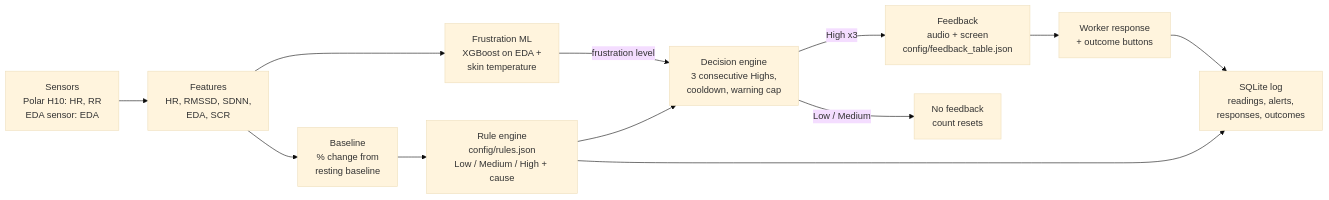
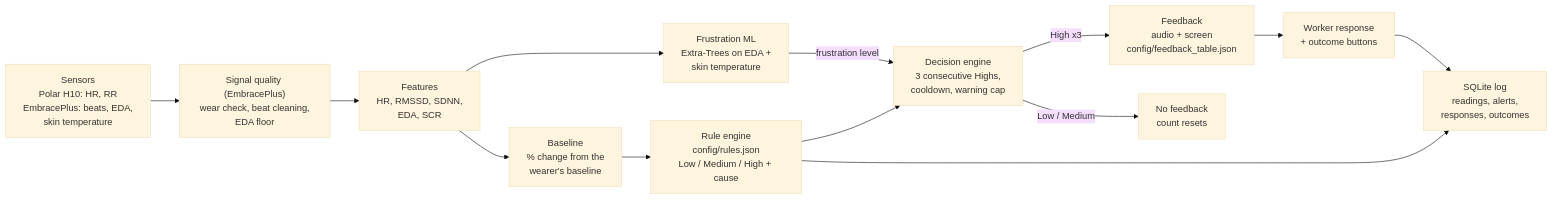
The diagram in docs/TEAM3_FRUSTRATION_FATIGUE.md (Doobligation/VIP_psychological_dashboard), drawn with Mermaid (base theme) before and after one commit. The commit also changed other lines of this file and 28 other files, not shown here.

First line of the commit message:
Fix Empatica signal quality, alert volume and accuracy reporting

````diff
--- a/docs/TEAM3_FRUSTRATION_FATIGUE.md
+++ b/docs/TEAM3_FRUSTRATION_FATIGUE.md
@@ -14,14 +14,15 @@
 ```mermaid
 flowchart LR
-  A["Sensors<br/>Polar H10: HR, RR<br/>EDA sensor: EDA"] --> B["Features<br/>HR, RMSSD, SDNN,<br/>EDA, SCR"]
-  B --> C["Baseline<br/>% change from<br/>resting baseline"]
+  A["Sensors<br/>Polar H10: HR, RR<br/>EmbracePlus: beats, EDA,<br/>skin temperature"] --> Q["Signal quality (EmbracePlus)<br/>wear check, beat cleaning,<br/>EDA floor"]
+  Q --> B["Features<br/>HR, RMSSD, SDNN,<br/>EDA, SCR"]
+  B --> C["Baseline<br/>% change from the<br/>wearer's baseline"]
   C --> D["Rule engine<br/>config/rules.json<br/>Low / Medium / High + cause"]
-  B --> M["Frustration ML<br/>XGBoost on EDA +<br/>skin temperature"]
+  B --> M["Frustration ML<br/>Extra-Trees on EDA +<br/>skin temperature"]
   M -->|frustration level| E
   D --> E["Decision engine<br/>3 consecutive Highs,<br/>cooldown, warning cap"]
   E -->|High x3| F["Feedback<br/>audio + screen<br/>config/feedback_table.json"]
   E -->|Low / Medium| G["No feedback<br/>count resets"]
   F --> H["Worker response<br/>+ outcome buttons"]
   H --> I["SQLite log<br/>readings, alerts,<br/>responses, outcomes"]
   D --> I
 ```
````
